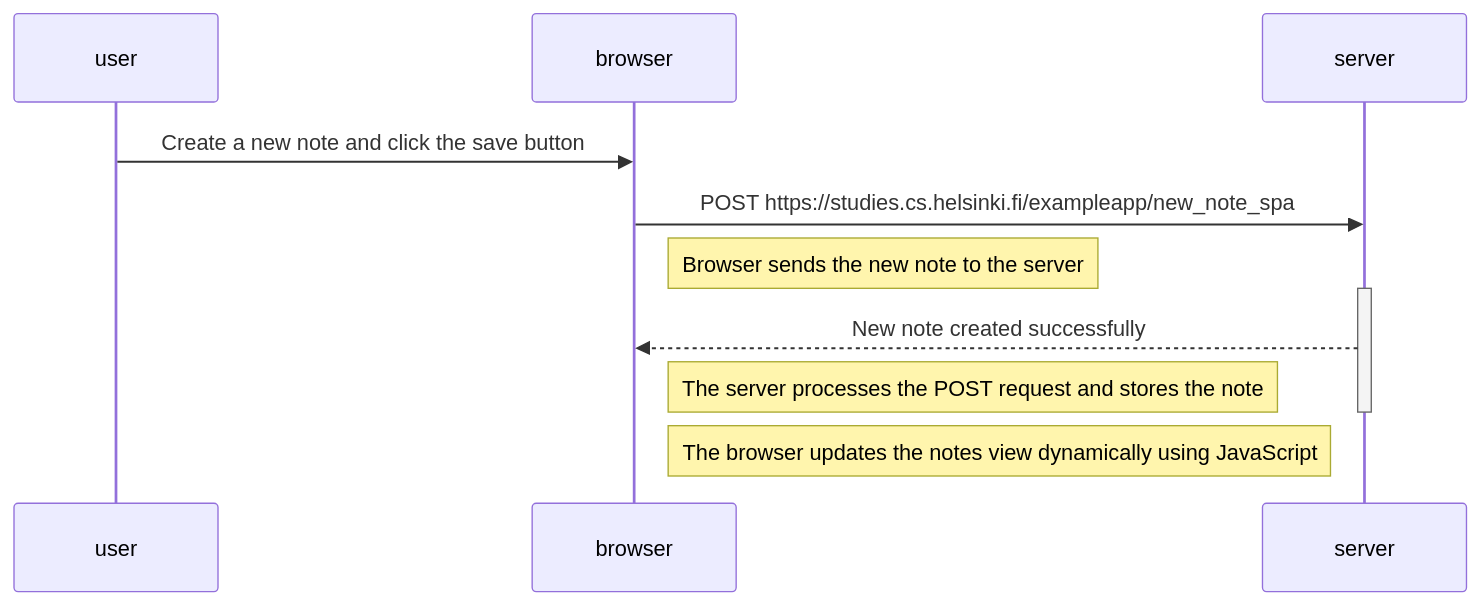
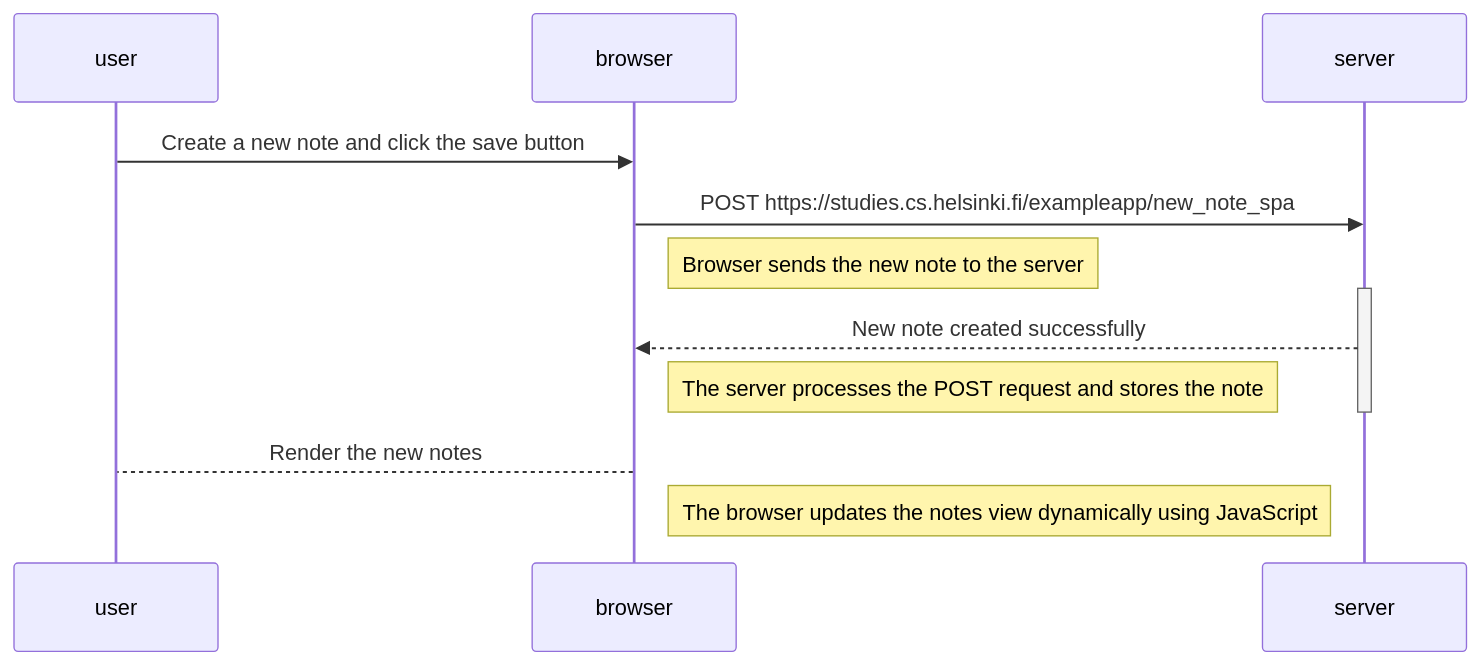
The diagram in part0/0.6: New note in Single page app diagram.md (hellojeremyonly/full-stack-open), drawn with Mermaid before and after one commit.

Commit message:
Update 0.6: New note in Single page app diagram.md

````diff
--- a/part0/0.6: New note in Single page app diagram.md
+++ b/part0/0.6: New note in Single page app diagram.md
@@ -1,21 +1,23 @@
 ```mermaid
 sequenceDiagram
     participant user
     participant browser
     participant server
 
     user->>browser: Create a new note and click the save button
     browser->>server: POST https://studies.cs.helsinki.fi/exampleapp/new_note_spa
 
     Note right of browser: Browser sends the new note to the server
 
     activate server
 
     server-->>browser: New note created successfully
     Note right of browser: The server processes the POST request and stores the note
 
     deactivate server
 
+    browser-->user: Render the new notes 
+
     Note right of browser: The browser updates the notes view dynamically using JavaScript
 
 ```
````
